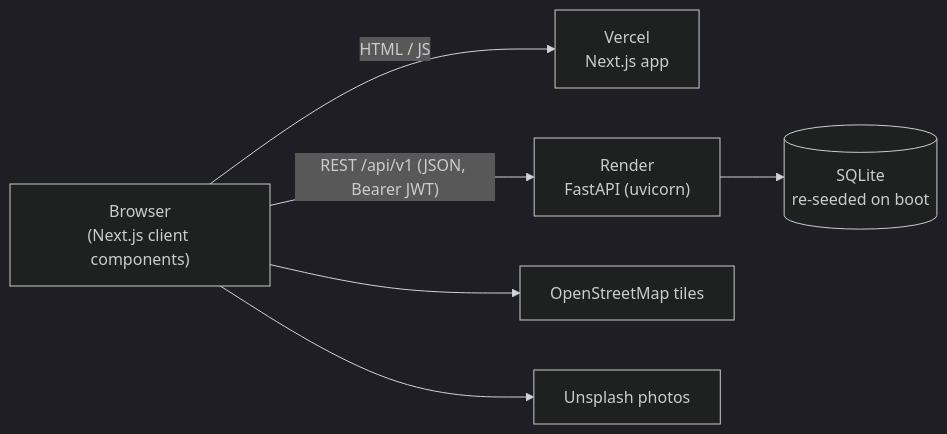
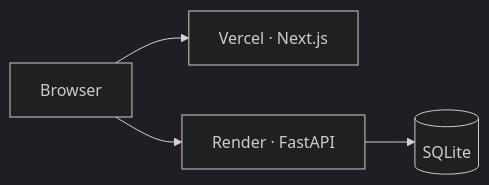
Before and after one commit to yaswanthp2005/airbnb_clone: the diagram in README.md, drawn with Mermaid (dark theme). The commit also changed other lines of this file and 3 other files, not shown here.

````diff
--- a/README.md
+++ b/README.md
@@ -43,15 +138,10 @@
 ```mermaid
 flowchart LR
-    Browser["Browser<br/>(Next.js client components)"]
-    Vercel["Vercel<br/>Next.js app"]
-    Render["Render<br/>FastAPI (uvicorn)"]
-    DB[("SQLite<br/>re-seeded on boot")]
-    OSM["OpenStreetMap tiles"]
-    Unsplash["Unsplash photos"]
-
-    Browser -- "HTML / JS" --> Vercel
-    Browser -- "REST /api/v1 (JSON, Bearer JWT)" --> Render
+    Browser["Browser"]
+    Vercel["Vercel · Next.js"]
+    Render["Render · FastAPI"]
+    DB[("SQLite")]
+    Browser --> Vercel
+    Browser --> Render
     Render --> DB
-    Browser --> OSM
-    Browser --> Unsplash
 ```
````
